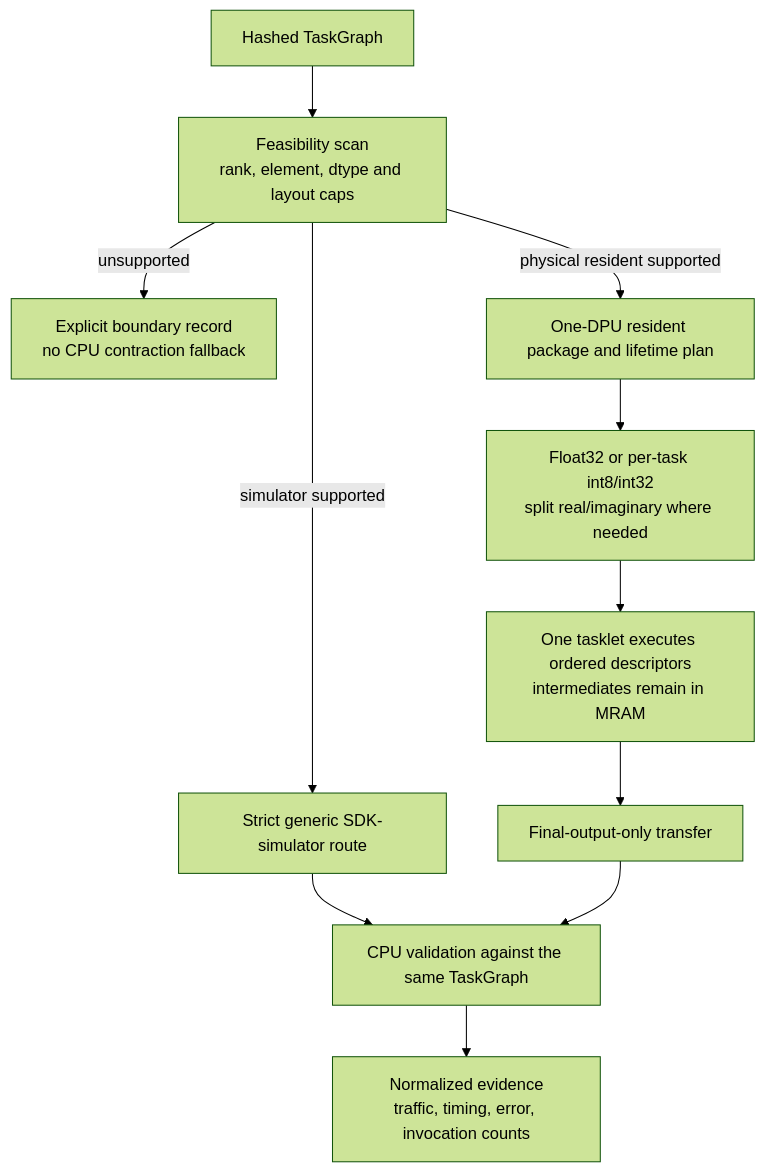
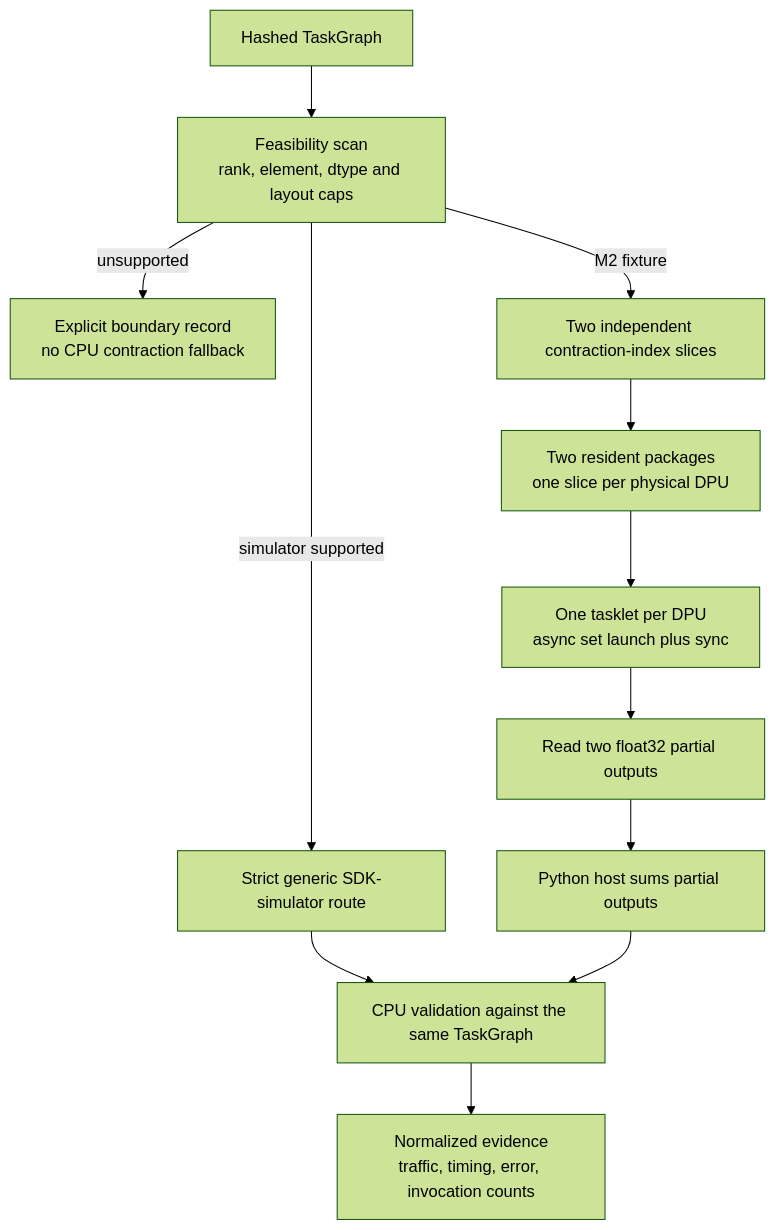
Before and after one commit to kazulak/Masters: the third of 3 diagrams in thesis/implementation/ARCHITECTURE.md, drawn with Mermaid (forest theme). The commit also changed other lines of this file and 3 other files, not shown here.

Commit message:
[thesis] document two-DPU sliced resident milestone

````diff
--- a/thesis/implementation/ARCHITECTURE.md
+++ b/thesis/implementation/ARCHITECTURE.md
@@ -126,13 +127,14 @@
 ```mermaid
 flowchart TD
     G[Hashed TaskGraph] --> F[Feasibility scan<br/>rank, element, dtype and layout caps]
     F -->|unsupported| X[Explicit boundary record<br/>no CPU contraction fallback]
     F -->|simulator supported| S[Strict generic SDK-simulator route]
-    F -->|physical resident supported| H[One-DPU resident package and lifetime plan]
-    H --> Q[Float32 or per-task int8/int32<br/>split real/imaginary where needed]
-    Q --> D[One tasklet executes ordered descriptors<br/>intermediates remain in MRAM]
-    D --> R[Final-output-only transfer]
+    F -->|M2 fixture| H[Two independent contraction-index slices]
+    H --> Q[Two resident packages<br/>one slice per physical DPU]
+    Q --> D[One tasklet per DPU<br/>async set launch plus sync]
+    D --> R[Read two float32 partial outputs]
+    R --> P[Python host sums partial outputs]
     S --> V[CPU validation against the same TaskGraph]
-    R --> V
+    P --> V
     V --> E[Normalized evidence<br/>traffic, timing, error, invocation counts]
 ```
````
